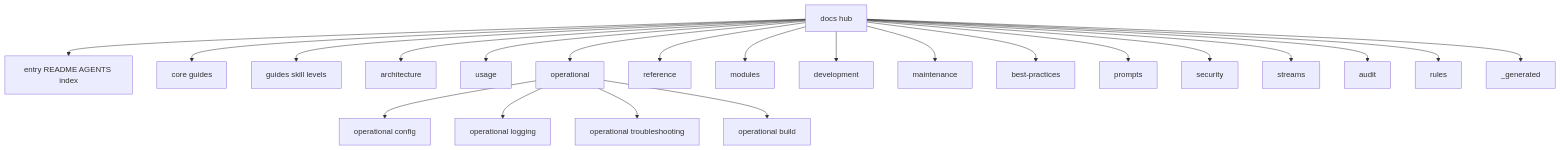
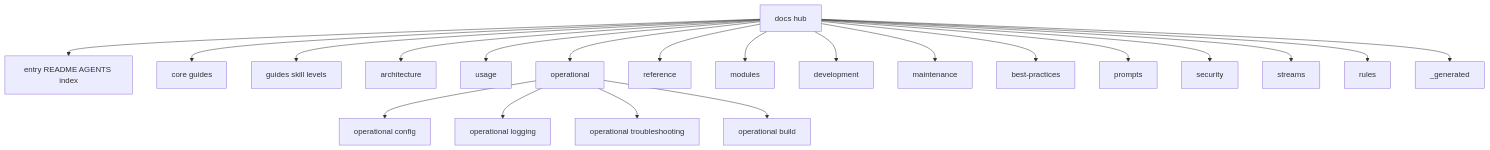
One commit to docxology/template changed the diagram in docs/documentation-index.md. Above: the diagram before and after it, drawn with Mermaid. The commit also changed other lines of this file and 129 other files, not shown here.

````diff
--- a/docs/documentation-index.md
+++ b/docs/documentation-index.md
@@ -375,25 +375,24 @@
 ```mermaid
 flowchart TB
     DOCS[docs hub]
     DOCS --> ENTRY[entry README AGENTS index]
     DOCS --> CORE[core guides]
     DOCS --> GUIDES[guides skill levels]
     DOCS --> ARCH[architecture]
     DOCS --> USAGE[usage]
     DOCS --> OP[operational]
     DOCS --> REF[reference]
     DOCS --> MOD[modules]
     DOCS --> DEV[development]
     DOCS --> MAINT[maintenance]
     DOCS --> BP[best-practices]
     DOCS --> PROMPTS[prompts]
     DOCS --> SEC[security]
     DOCS --> STREAMS[streams]
-    DOCS --> AUDIT[audit]
     DOCS --> RULES[rules]
     DOCS --> GEN[_generated]
     OP --> OP_CFG[operational config]
     OP --> OP_LOG[operational logging]
     OP --> OP_TS[operational troubleshooting]
     OP --> OP_BUILD[operational build]
 ```
````
